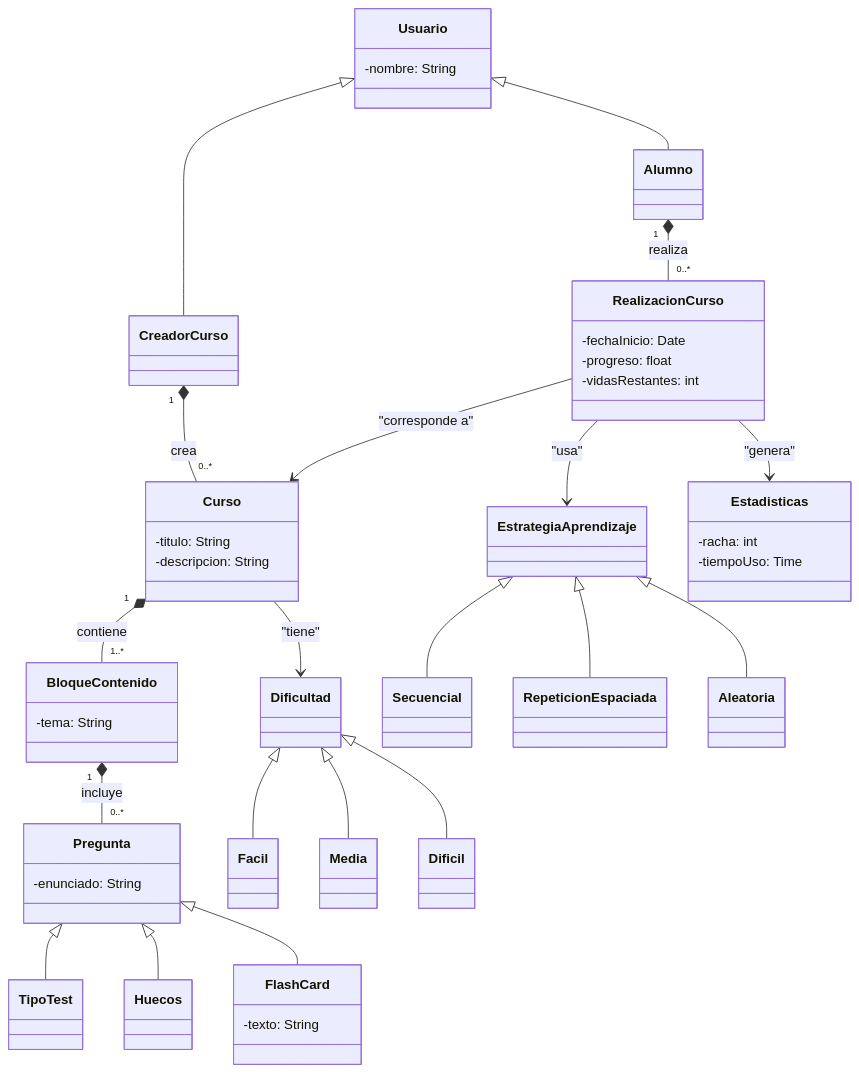
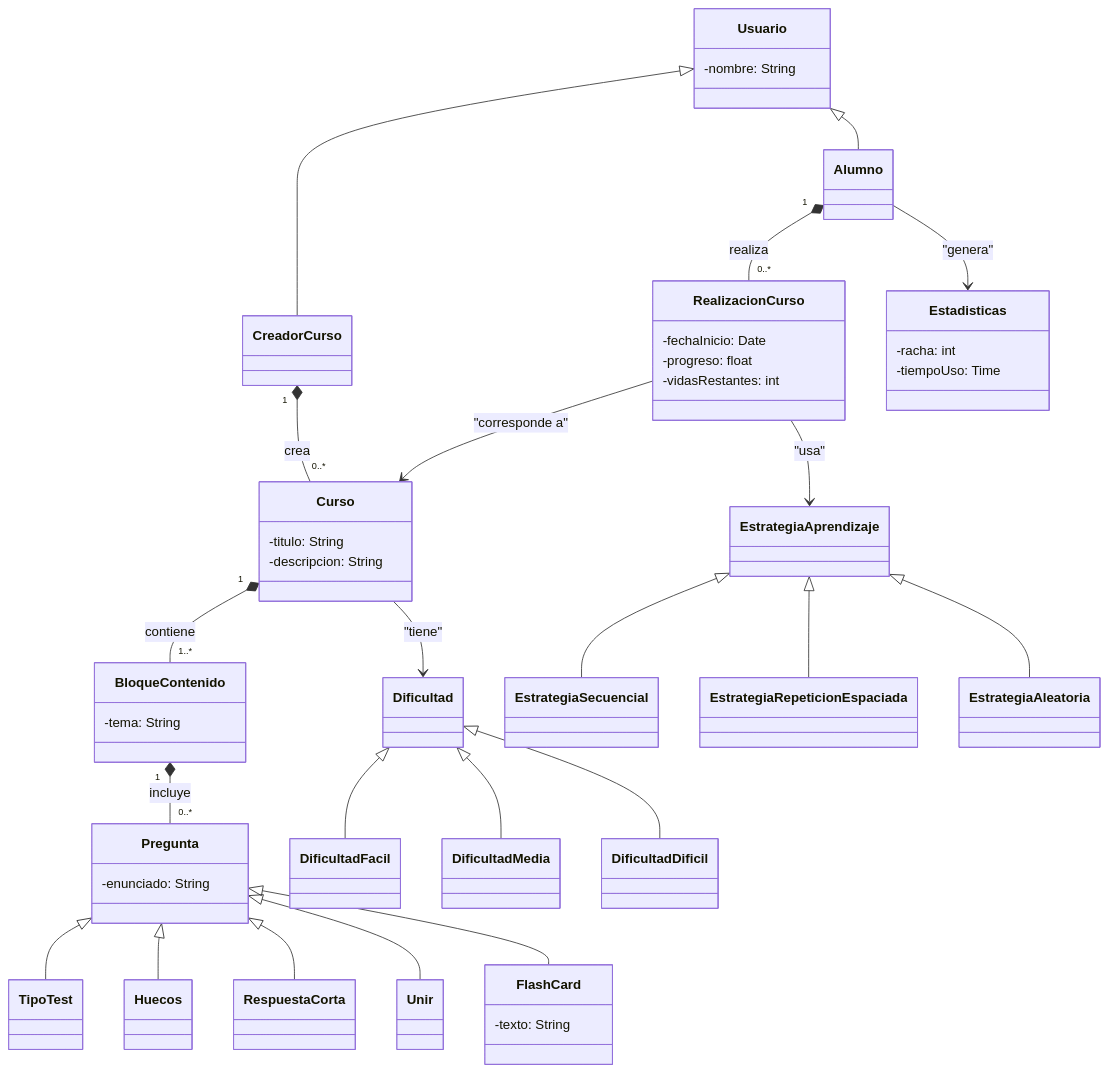
The diagram in diseño/modelo.md (gusgarzo/PDS-Proyecto), drawn with Mermaid before and after one commit.

````diff
--- a/diseño/modelo.md
+++ b/diseño/modelo.md
@@ -1,74 +1,77 @@
 ```mermaid
 classDiagram
     %% --- Jerarquía de Usuario ---
     class Usuario {
         -nombre: String
     }
     Usuario <|-- Alumno
     Usuario <|-- CreadorCurso
 
     %% --- Clases de Curso y Bloques ---
     class Curso {
         -titulo: String
         -descripcion: String
     }
     class BloqueContenido {
         -tema: String
     }
     class FlashCard {
         -texto: String
     }
 
     %% --- Preguntas y Tipos ---
     class Pregunta {
         -enunciado: String
     }
     Pregunta <|-- TipoTest
     Pregunta <|-- Huecos
+    Pregunta <|-- RespuestaCorta
+    Pregunta <|-- Unir
     Pregunta <|-- FlashCard
 
     %% --- Dificultad y Estrategia ---
     class Dificultad
-    Dificultad <|-- Facil
-    Dificultad <|-- Media
-    Dificultad <|-- Dificil
+    Dificultad <|-- DificultadFacil
+    Dificultad <|-- DificultadMedia
+    Dificultad <|-- DificultadDificil
 
     class EstrategiaAprendizaje
-    EstrategiaAprendizaje <|-- Secuencial
-    EstrategiaAprendizaje <|-- RepeticionEspaciada
-    EstrategiaAprendizaje <|-- Aleatoria
+    EstrategiaAprendizaje <|-- EstrategiaSecuencial
+    EstrategiaAprendizaje <|-- EstrategiaRepeticionEspaciada
+    EstrategiaAprendizaje <|-- EstrategiaAleatoria
 
     %% --- Realización y Estadísticas ---
     class RealizacionCurso {
         -fechaInicio: Date
         -progreso: float
         -vidasRestantes: int
     }
     class Estadisticas {
         -racha: int
         -tiempoUso: Time
     }
 
     %% --- Relaciones principales ---
 
     %% Roles
     CreadorCurso "1" *-- "0..*" Curso : crea
     Alumno "1" *-- "0..*" RealizacionCurso : realiza
 
     %% Curso y Bloques
     Curso "1" *-- "1..*" BloqueContenido : contiene
     BloqueContenido "1" *-- "0..*" Pregunta : incluye
 
     %% Realizacion y Curso
     RealizacionCurso --> Curso : "corresponde a"
-    RealizacionCurso --> Estadisticas : "genera"
+    Alumno--> Estadisticas : "genera"
     RealizacionCurso --> EstrategiaAprendizaje : "usa"
 
     %% Curso y Dificultad
     Curso --> Dificultad : "tiene"
 
     %% Notas:
     %% - FlashCard hereda de Pregunta para mantener la lógica de pregunta intercalada.
     %% - Puedes añadir más relaciones si necesitas comentarios, calificaciones, etc.
 
+
 ```
````
